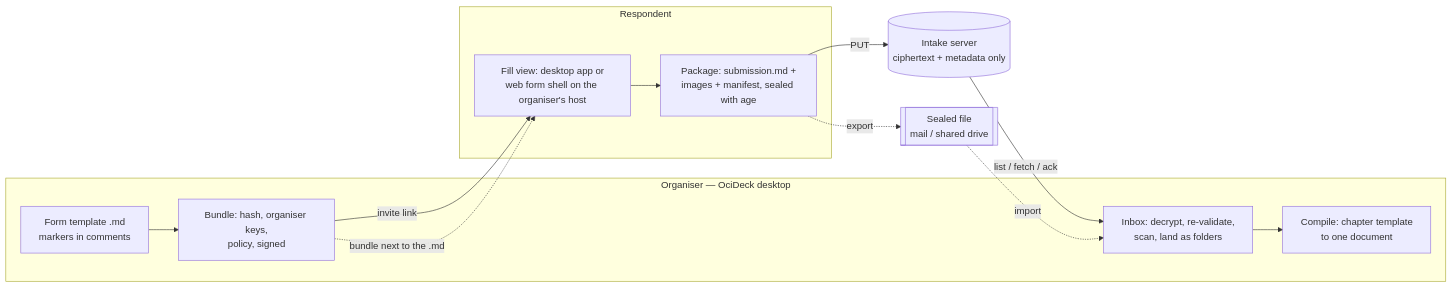
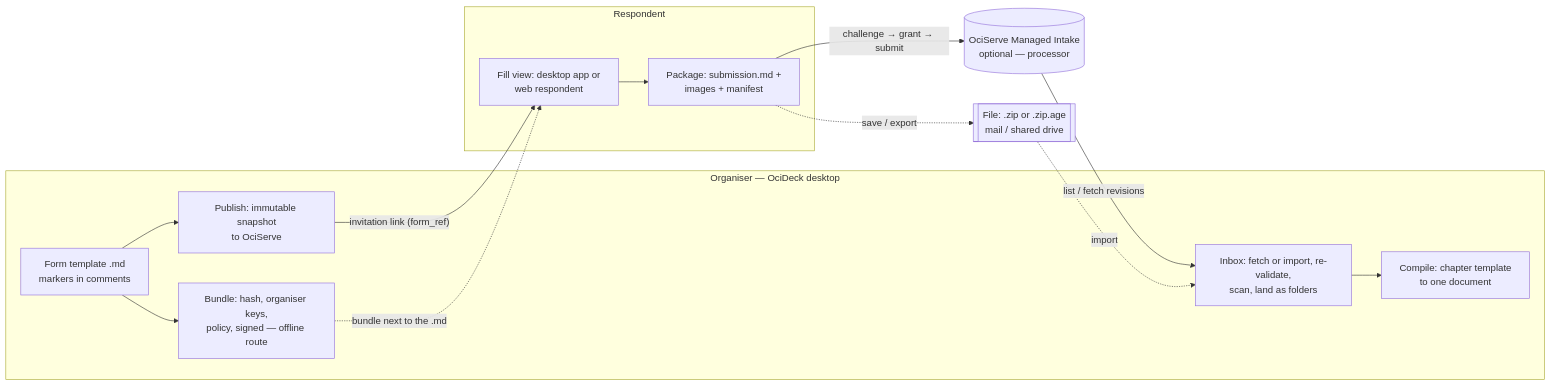
Before and after one commit to brennodewinter/Ocideck: the first of 2 diagrams in docs/design/FORM_INTAKE.md, drawn with Mermaid. The commit also changed other lines of this file and 3 other files, not shown here.

First line of the commit message:
docs(intake): Managed Intake als richting — FORM_INTAKE revisie 4 (#2259)

````diff
--- a/docs/design/FORM_INTAKE.md
+++ b/docs/design/FORM_INTAKE.md
@@ -237,24 +279,26 @@
 ```mermaid
 flowchart LR
   subgraph Org[Organiser — OciDeck desktop]
     T[Form template .md<br/>markers in comments]
-    B[Bundle: hash, organiser keys,<br/>policy, signed]
-    IN[Inbox: decrypt, re-validate,<br/>scan, land as folders]
+    P[Publish: immutable snapshot<br/>to OciServe]
+    B[Bundle: hash, organiser keys,<br/>policy, signed — offline route]
+    IN[Inbox: fetch or import, re-validate,<br/>scan, land as folders]
     CP[Compile: chapter template<br/>to one document]
   end
   subgraph Resp[Respondent]
-    FL[Fill view: desktop app or<br/>web form shell on the organiser's host]
-    PK[Package: submission.md +<br/>images + manifest, sealed with age]
+    FL[Fill view: desktop app or<br/>web respondent]
+    PK[Package: submission.md +<br/>images + manifest]
   end
-  S[(Intake server<br/>ciphertext + metadata only)]
-  F[[Sealed file<br/>mail / shared drive]]
+  S[(OciServe Managed Intake<br/>optional — processor)]
+  F[[File: .zip or .zip.age<br/>mail / shared drive]]
+  T --> P
+  P -- "invitation link (form_ref)" --> FL
   T --> B
-  B -- "invite link" --> FL
   B -. "bundle next to the .md" .-> FL
   FL --> PK
-  PK -- PUT --> S
-  PK -. "export" .-> F
-  S -- "list / fetch / ack" --> IN
+  PK -- "challenge → grant → submit" --> S
+  PK -. "save / export" .-> F
+  S -- "list / fetch revisions" --> IN
   F -. "import" .-> IN
   IN --> CP
 ```
````
